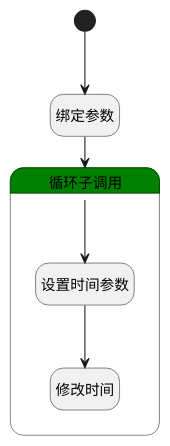
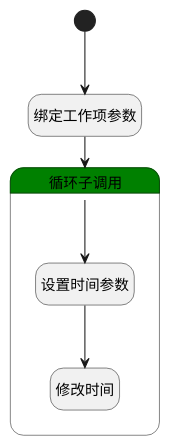
One commit to iBizLab/plm changed the diagram in doc/docsify/module/ProjMgmt/work_item/logic/change_time.md. Above: the diagram before and after it, drawn with PlantUML. The commit also changed other lines of this file and 1778 other files, not shown here.

````diff
--- a/doc/docsify/module/ProjMgmt/work_item/logic/change_time.md
+++ b/doc/docsify/module/ProjMgmt/work_item/logic/change_time.md
@@ -7,26 +7,26 @@
 ```plantuml
 @startuml
 hide empty description
 <style>
 root {
   HyperlinkColor #42b983
 }
 </style>
 
 hide empty description
 state "开始" as Begin <<start>> [[$./change_time#begin {"开始"}]]
-state "绑定参数" as BINDPARAM1  [[$./change_time#bindparam1 {"绑定参数"}]]
+state "绑定工作项参数" as BINDPARAM1  [[$./change_time#bindparam1 {"绑定工作项参数"}]]
 state "循环子调用" as LOOPSUBCALL1  [[$./change_time#loopsubcall1 {"循环子调用"}]] #green {
 state "设置时间参数" as PREPAREPARAM2  [[$./change_time#prepareparam2 {"设置时间参数"}]]
 state "修改时间" as DEACTION1  [[$./change_time#deaction1 {"修改时间"}]]
 }
 
 
 Begin --> BINDPARAM1
 BINDPARAM1 --> LOOPSUBCALL1
 LOOPSUBCALL1 --> PREPAREPARAM2
 PREPAREPARAM2 --> DEACTION1
 
 
 @enduml
 ```
````
